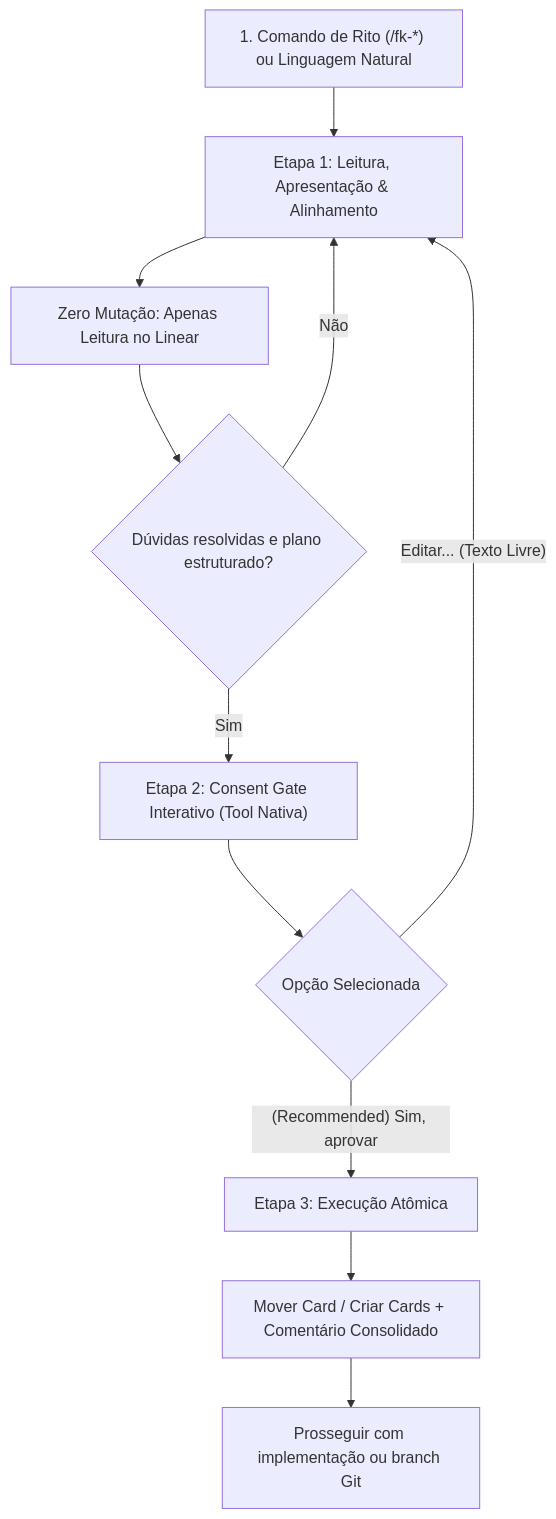
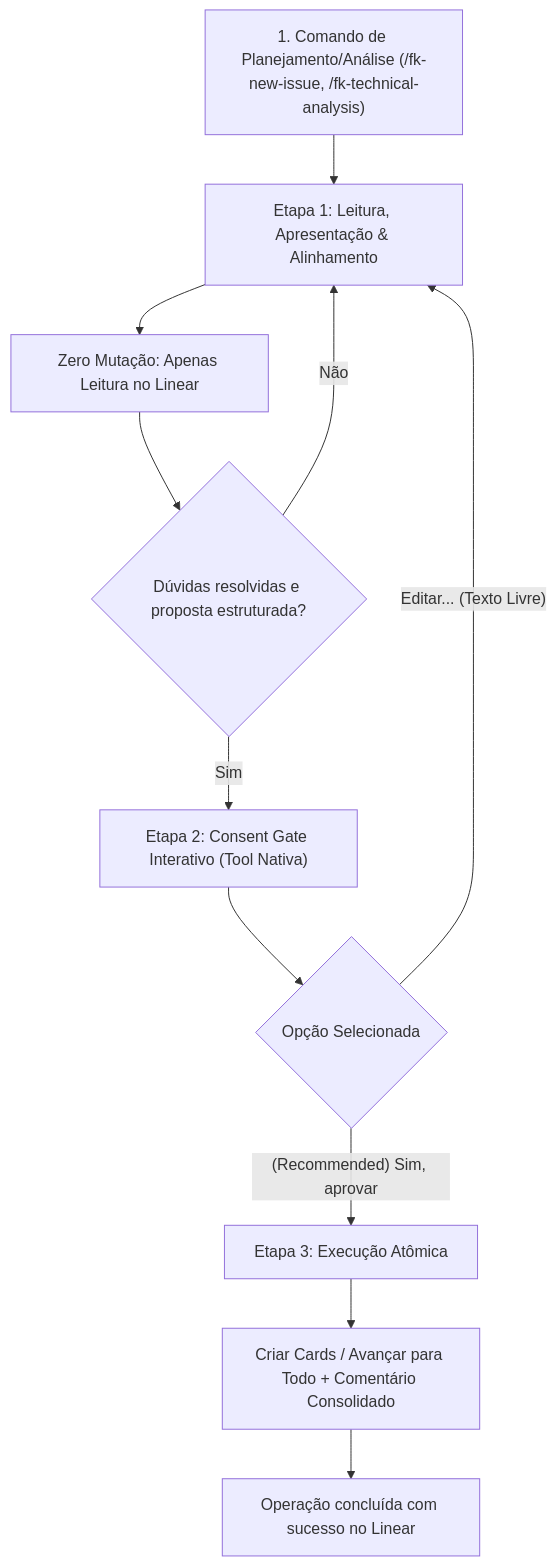
One commit to CaioCoelhoChaves/fk_apm changed the diagram in skills/linear-workflow/SKILL.md. Above: the diagram before and after it, drawn with Mermaid. The commit also changed other lines of this file and 9 other files, not shown here.

````diff
--- a/skills/linear-workflow/SKILL.md
+++ b/skills/linear-workflow/SKILL.md
@@ -110,14 +112,14 @@
 ```mermaid
 flowchart TD
-    A["1. Comando de Rito (/fk-*) ou Linguagem Natural"] --> B["Etapa 1: Leitura, Apresentação & Alinhamento"]
+    A["1. Comando de Planejamento/Análise (/fk-new-issue, /fk-technical-analysis)"] --> B["Etapa 1: Leitura, Apresentação & Alinhamento"]
     B --> C["Zero Mutação: Apenas Leitura no Linear"]
-    C --> D{"Dúvidas resolvidas e plano estruturado?"}
+    C --> D{"Dúvidas resolvidas e proposta estruturada?"}
     D -- "Não" --> B
     D -- "Sim" --> E["Etapa 2: Consent Gate Interativo (Tool Nativa)"]
     E --> F{"Opção Selecionada"}
     F -- "Editar... (Texto Livre)" --> B
     F -- "(Recommended) Sim, aprovar" --> G["Etapa 3: Execução Atômica"]
-    H["Mover Card / Criar Cards + Comentário Consolidado"]
+    H["Criar Cards / Avançar para Todo + Comentário Consolidado"]
     G --> H
-    H --> I["Prosseguir com implementação ou branch Git"]
+    H --> I["Operação concluída com sucesso no Linear"]
 ```
````
